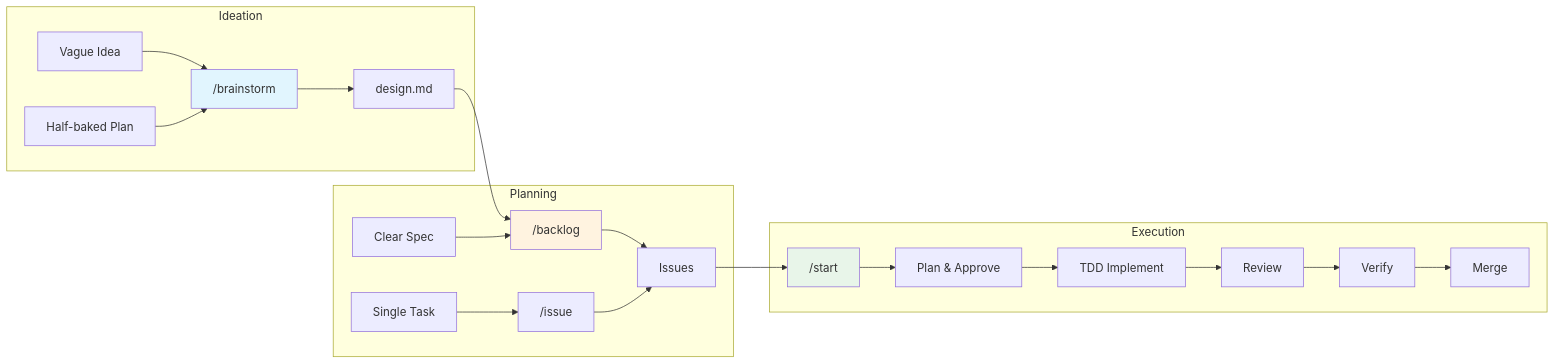
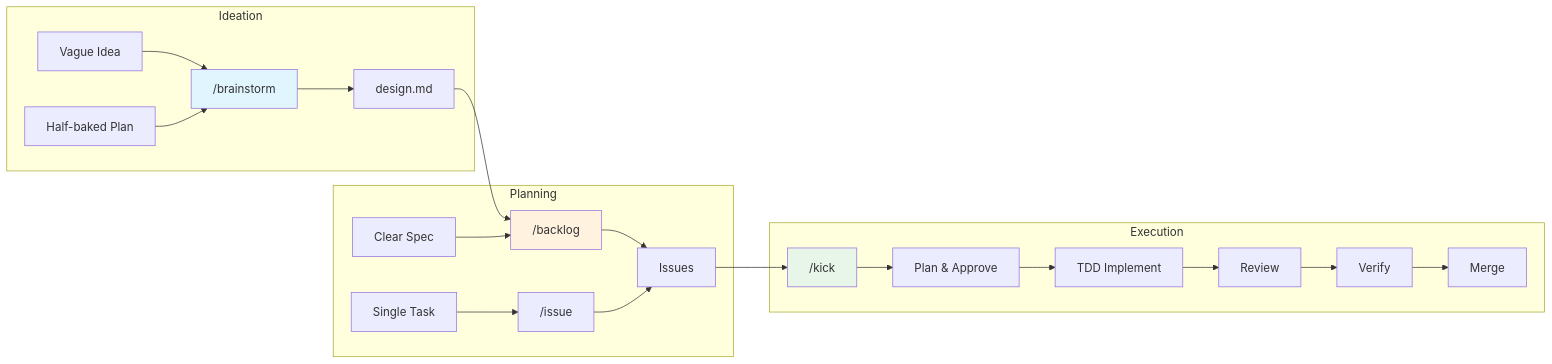
Before and after one commit to inceptyon-labs/PASIV: the diagram in README.md, drawn with Mermaid. The commit also changed other lines of this file, not shown here.

````diff
--- a/README.md
+++ b/README.md
@@ -115,29 +155,29 @@
 ```mermaid
 flowchart LR
     subgraph Ideation
         A[Vague Idea] --> B["#47;brainstorm"]
         C[Half-baked Plan] --> B
         B --> D[design.md]
     end
 
     subgraph Planning
         D --> E["#47;backlog"]
         F[Clear Spec] --> E
         E --> G[Issues]
         H[Single Task] --> I["#47;issue"]
         I --> G
     end
 
     subgraph Execution
-        G --> J["#47;start"]
+        G --> J["#47;kick"]
         J --> K[Plan & Approve]
         K --> L[TDD Implement]
         L --> M[Review]
         M --> N[Verify]
         N --> O[Merge]
     end
 
     style B fill:#e1f5fe
     style E fill:#fff3e0
     style J fill:#e8f5e9
 ```
````
